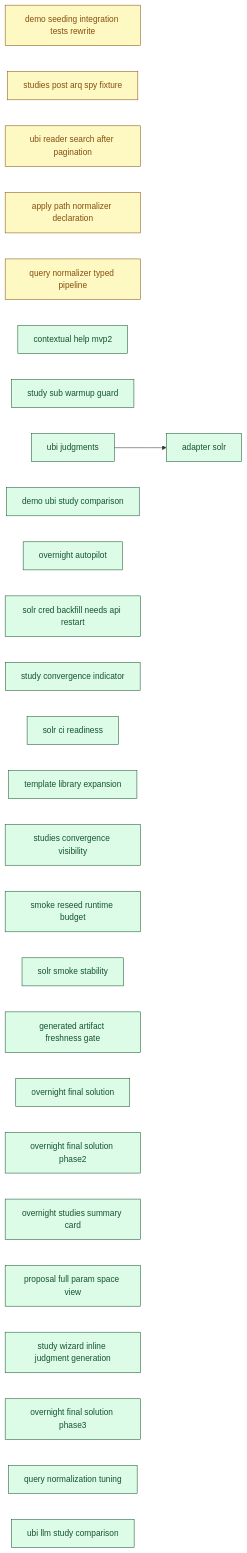
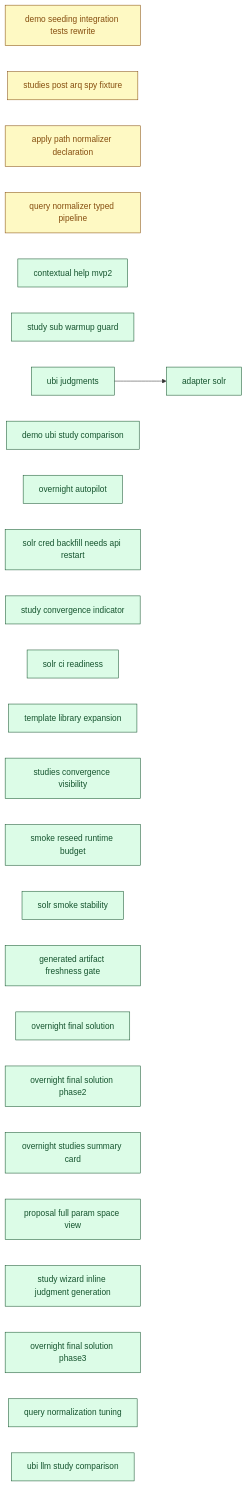
The diagram in docs/00_overview/MVP2_DASHBOARD.md (SoundMindsAI/relyloop), drawn with Mermaid before and after one commit. The commit also changed other lines of this file and 13 other files, not shown here.

First line of the commit message:
docs: finalize chore_ubi_reader_search_after_pagination (PR #474 merged) (#475)

````diff
--- a/docs/00_overview/MVP2_DASHBOARD.md
+++ b/docs/00_overview/MVP2_DASHBOARD.md
@@ -109,63 +108,61 @@
 ```mermaid
 graph LR
   classDef done fill:#dcfce7,stroke:#14532d,color:#14532d;
   classDef implement fill:#ffedd5,stroke:#9a3412,color:#9a3412;
   classDef plan fill:#fef9c3,stroke:#854d0e,color:#854d0e;
   classDef spec fill:#dbeafe,stroke:#1e40af,color:#1e40af;
   classDef idea fill:#f1f5f9,stroke:#334155,color:#334155;
   chore_demo_seeding_integration_tests_rewrite["demo seeding integration tests rewrite"]
   class chore_demo_seeding_integration_tests_rewrite plan;
   chore_studies_post_arq_spy_fixture["studies post arq spy fixture"]
   class chore_studies_post_arq_spy_fixture plan;
-  chore_ubi_reader_search_after_pagination["ubi reader search after pagination"]
-  class chore_ubi_reader_search_after_pagination plan;
   feat_apply_path_normalizer_declaration["apply path normalizer declaration"]
   class feat_apply_path_normalizer_declaration plan;
   feat_query_normalizer_typed_pipeline["query normalizer typed pipeline"]
   class feat_query_normalizer_typed_pipeline plan;
   feat_contextual_help_mvp2["contextual help mvp2"]
   class feat_contextual_help_mvp2 done;
   feat_study_sub_warmup_guard["study sub warmup guard"]
   class feat_study_sub_warmup_guard done;
   feat_ubi_judgments["ubi judgments"]
   class feat_ubi_judgments done;
   feat_demo_ubi_study_comparison["demo ubi study comparison"]
   class feat_demo_ubi_study_comparison done;
   feat_overnight_autopilot["overnight autopilot"]
   class feat_overnight_autopilot done;
   infra_adapter_solr["adapter solr"]
   class infra_adapter_solr done;
   chore_solr_cred_backfill_needs_api_restart["solr cred backfill needs api restart"]
   class chore_solr_cred_backfill_needs_api_restart done;
   feat_study_convergence_indicator["study convergence indicator"]
   class feat_study_convergence_indicator done;
   infra_solr_ci_readiness["solr ci readiness"]
   class infra_solr_ci_readiness done;
   chore_template_library_expansion["template library expansion"]
   class chore_template_library_expansion done;
   feat_studies_convergence_visibility["studies convergence visibility"]
   class feat_studies_convergence_visibility done;
   infra_smoke_reseed_runtime_budget["smoke reseed runtime budget"]
   class infra_smoke_reseed_runtime_budget done;
   infra_solr_smoke_stability["solr smoke stability"]
   class infra_solr_smoke_stability done;
   infra_generated_artifact_freshness_gate["generated artifact freshness gate"]
   class infra_generated_artifact_freshness_gate done;
   feat_overnight_final_solution["overnight final solution"]
   class feat_overnight_final_solution done;
   feat_overnight_final_solution_phase2["overnight final solution phase2"]
   class feat_overnight_final_solution_phase2 done;
   feat_overnight_studies_summary_card["overnight studies summary card"]
   class feat_overnight_studies_summary_card done;
   feat_proposal_full_param_space_view["proposal full param space view"]
   class feat_proposal_full_param_space_view done;
   feat_study_wizard_inline_judgment_generation["study wizard inline judgment generation"]
   class feat_study_wizard_inline_judgment_generation done;
   feat_overnight_final_solution_phase3["overnight final solution phase3"]
   class feat_overnight_final_solution_phase3 done;
   feat_query_normalization_tuning["query normalization tuning"]
   class feat_query_normalization_tuning done;
   feat_ubi_llm_study_comparison["ubi llm study comparison"]
   class feat_ubi_llm_study_comparison done;
   feat_ubi_judgments --> infra_adapter_solr
 ```
````
